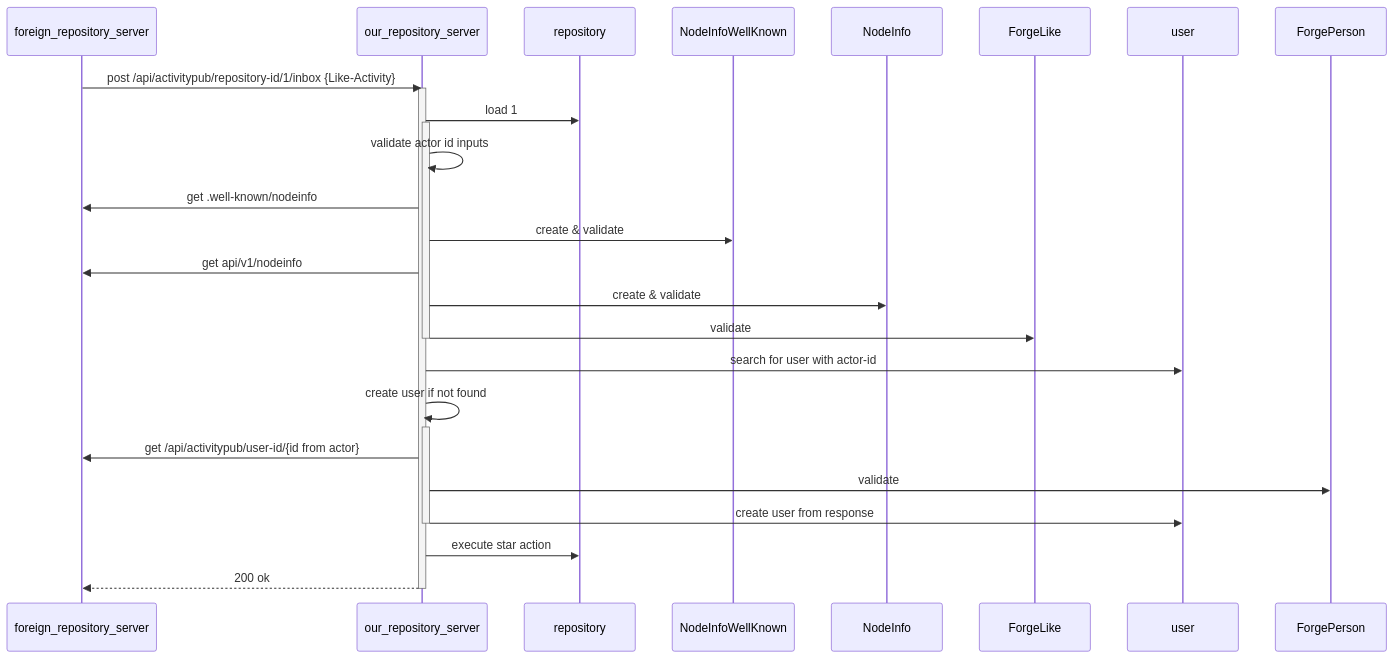
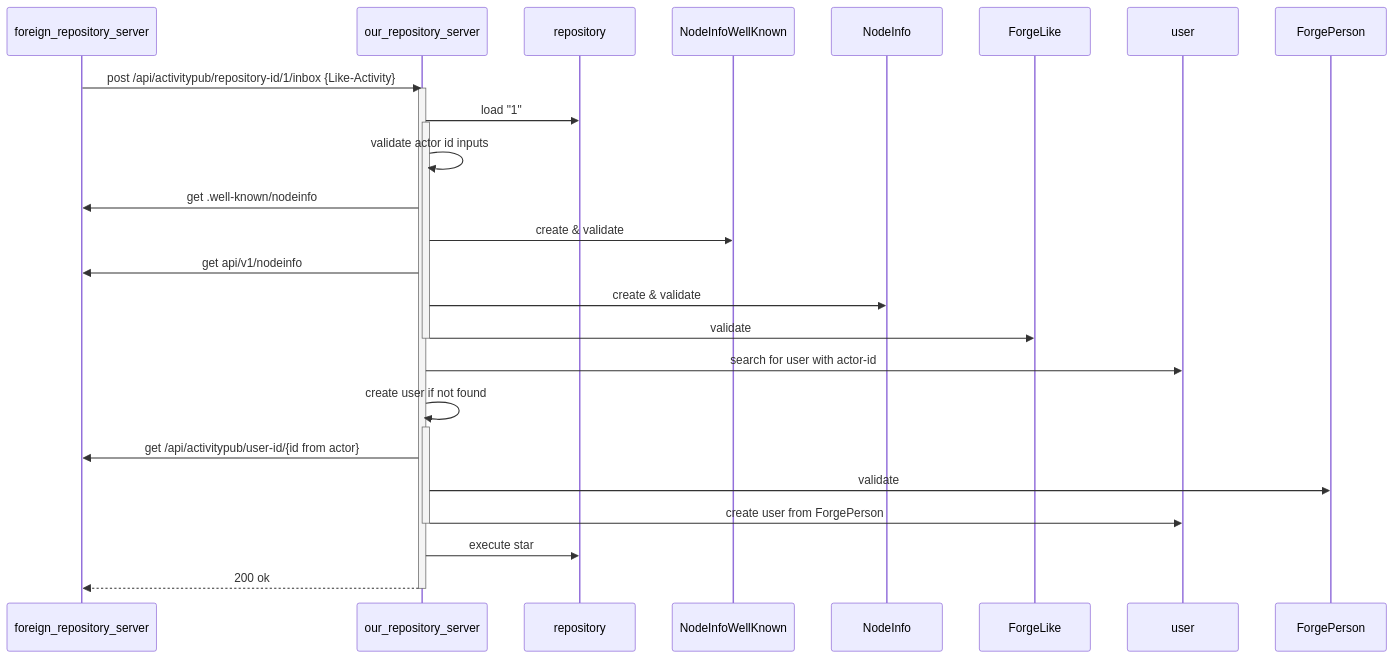
One commit to yonasBSD/forgejo changed the first of 2 diagrams in docs/unsure-where-to-put/threat_analysis_star_activity.md. Above: the diagram before and after it, drawn with Mermaid. The commit also changed other lines of this file, not shown here.

````diff
--- a/docs/unsure-where-to-put/threat_analysis_star_activity.md
+++ b/docs/unsure-where-to-put/threat_analysis_star_activity.md
@@ -8,28 +8,28 @@
 ```mermaid
 sequenceDiagram
     participant fs as foreign_repository_server
     participant os as our_repository_server
 
     fs ->> os: post /api/activitypub/repository-id/1/inbox {Like-Activity}
     activate os
-    os ->> repository: load 1
+    os ->> repository: load "1"
     activate os
     os ->> os: validate actor id inputs
     os ->> fs: get .well-known/nodeinfo
     os ->> NodeInfoWellKnown: create & validate
     os ->> fs: get api/v1/nodeinfo
     os ->> NodeInfo: create & validate
     os ->> ForgeLike: validate
     deactivate os
     
     os ->> user: search for user with actor-id
     os ->> os: create user if not found
     activate os
     os ->> fs: get /api/activitypub/user-id/{id from actor}
     os ->> ForgePerson: validate
-    os ->> user: create user from response
+    os ->> user: create user from ForgePerson
     deactivate os
-    os ->> repository: execute star action
+    os ->> repository: execute star
     os -->> fs: 200 ok
     deactivate os
 ```
````
